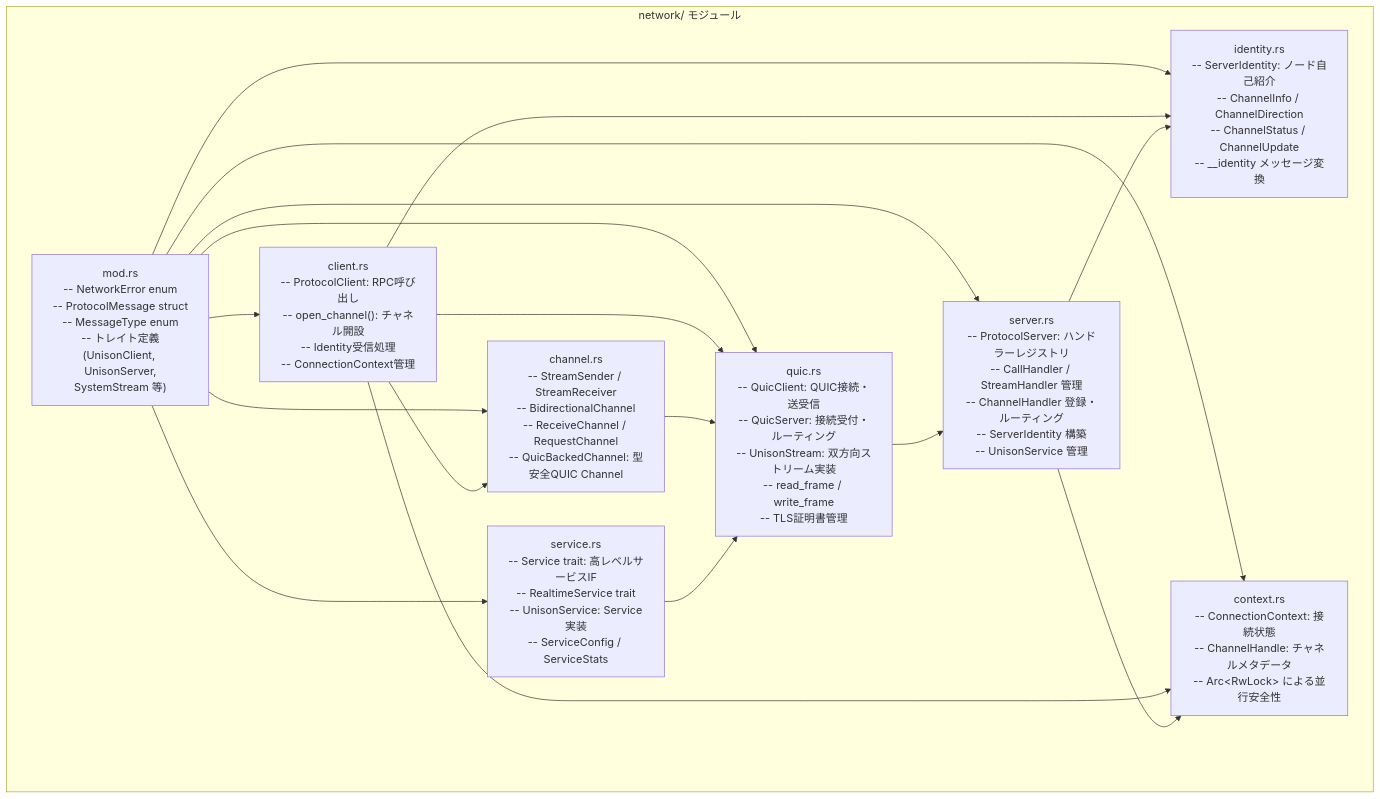
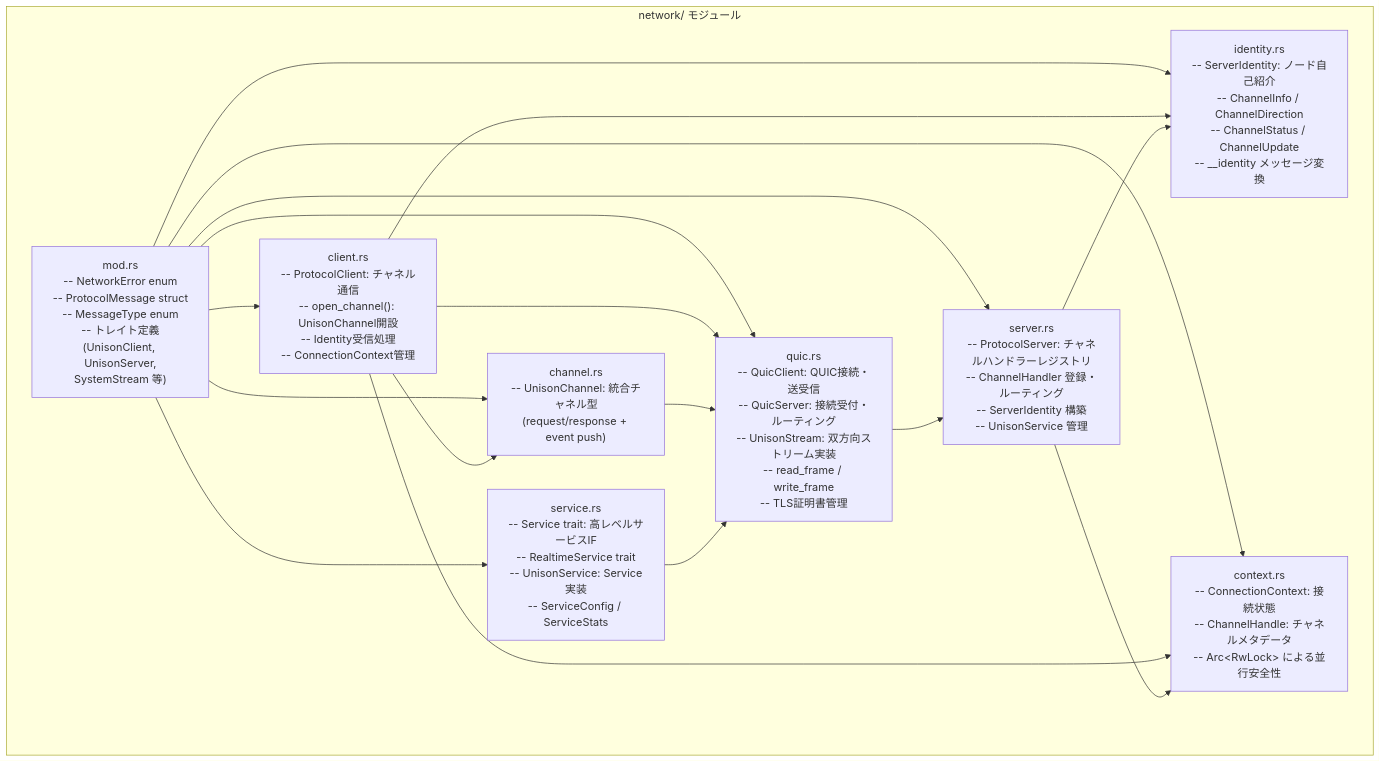
Before and after one commit to chronista-club/unison: the first of 5 diagrams in design/architecture.md, drawn with Mermaid. The commit also changed other lines of this file and 33 other files, not shown here.

````diff
--- a/design/architecture.md
+++ b/design/architecture.md
@@ -106,38 +106,38 @@
 ```mermaid
 graph TB
     subgraph "network/ モジュール"
         MOD["mod.rs<br/>-- NetworkError enum<br/>-- ProtocolMessage struct<br/>-- MessageType enum<br/>-- トレイト定義<br/>(UnisonClient, UnisonServer,<br/>SystemStream 等)"]
 
         QUIC["quic.rs<br/>-- QuicClient: QUIC接続・送受信<br/>-- QuicServer: 接続受付・ルーティング<br/>-- UnisonStream: 双方向ストリーム実装<br/>-- read_frame / write_frame<br/>-- TLS証明書管理"]
 
-        SERVER["server.rs<br/>-- ProtocolServer: ハンドラーレジストリ<br/>-- CallHandler / StreamHandler 管理<br/>-- ChannelHandler 登録・ルーティング<br/>-- ServerIdentity 構築<br/>-- UnisonService 管理"]
+        SERVER["server.rs<br/>-- ProtocolServer: チャネルハンドラーレジストリ<br/>-- ChannelHandler 登録・ルーティング<br/>-- ServerIdentity 構築<br/>-- UnisonService 管理"]
 
-        CLIENT["client.rs<br/>-- ProtocolClient: RPC呼び出し<br/>-- open_channel(): チャネル開設<br/>-- Identity受信処理<br/>-- ConnectionContext管理"]
+        CLIENT["client.rs<br/>-- ProtocolClient: チャネル通信<br/>-- open_channel(): UnisonChannel開設<br/>-- Identity受信処理<br/>-- ConnectionContext管理"]
 
-        CHANNEL["channel.rs<br/>-- StreamSender / StreamReceiver<br/>-- BidirectionalChannel<br/>-- ReceiveChannel / RequestChannel<br/>-- QuicBackedChannel: 型安全QUIC Channel"]
+        CHANNEL["channel.rs<br/>-- UnisonChannel: 統合チャネル型<br/>(request/response + event push)"]
 
         IDENTITY["identity.rs<br/>-- ServerIdentity: ノード自己紹介<br/>-- ChannelInfo / ChannelDirection<br/>-- ChannelStatus / ChannelUpdate<br/>-- __identity メッセージ変換"]
 
         CONTEXT["context.rs<br/>-- ConnectionContext: 接続状態<br/>-- ChannelHandle: チャネルメタデータ<br/>-- Arc&lt;RwLock&gt; による並行安全性"]
 
         SERVICE["service.rs<br/>-- Service trait: 高レベルサービスIF<br/>-- RealtimeService trait<br/>-- UnisonService: Service実装<br/>-- ServiceConfig / ServiceStats"]
     end
 
     MOD --> QUIC
     MOD --> SERVER
     MOD --> CLIENT
     MOD --> CHANNEL
     MOD --> IDENTITY
     MOD --> CONTEXT
     MOD --> SERVICE
 
     QUIC --> SERVER
     CLIENT --> QUIC
     CLIENT --> CHANNEL
     CLIENT --> CONTEXT
     CLIENT --> IDENTITY
     SERVER --> IDENTITY
     SERVER --> CONTEXT
     CHANNEL --> QUIC
     SERVICE --> QUIC
 ```
````
